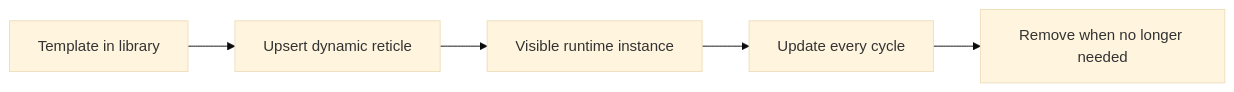
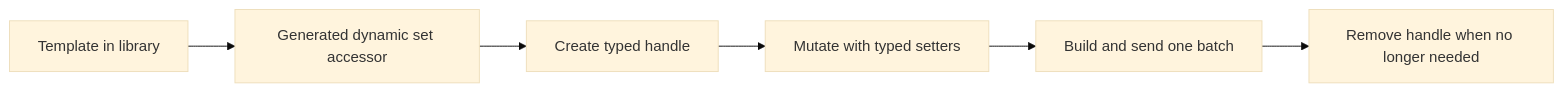
Before and after one commit to benoitfragit/MFDStudio: the diagram in docs/tutorials/05_dynamic_reticles.md, drawn with Mermaid (base theme). The commit also changed other lines of this file and 7 other files, not shown here.

Commit message:
tutorial: migrate generated dynamic tutorial flow

````diff
--- a/docs/tutorials/05_dynamic_reticles.md
+++ b/docs/tutorials/05_dynamic_reticles.md
@@ -8,7 +15,8 @@
 ```mermaid
 flowchart LR
-    A[Template in library] --> B[Upsert dynamic reticle]
-    B --> C[Visible runtime instance]
-    C --> D[Update every cycle]
-    D --> E[Remove when no longer needed]
+    A[Template in library] --> B[Generated dynamic set accessor]
+    B --> C[Create typed handle]
+    C --> D[Mutate with typed setters]
+    D --> E[Build and send one batch]
+    E --> F[Remove handle when no longer needed]
 ```
````
